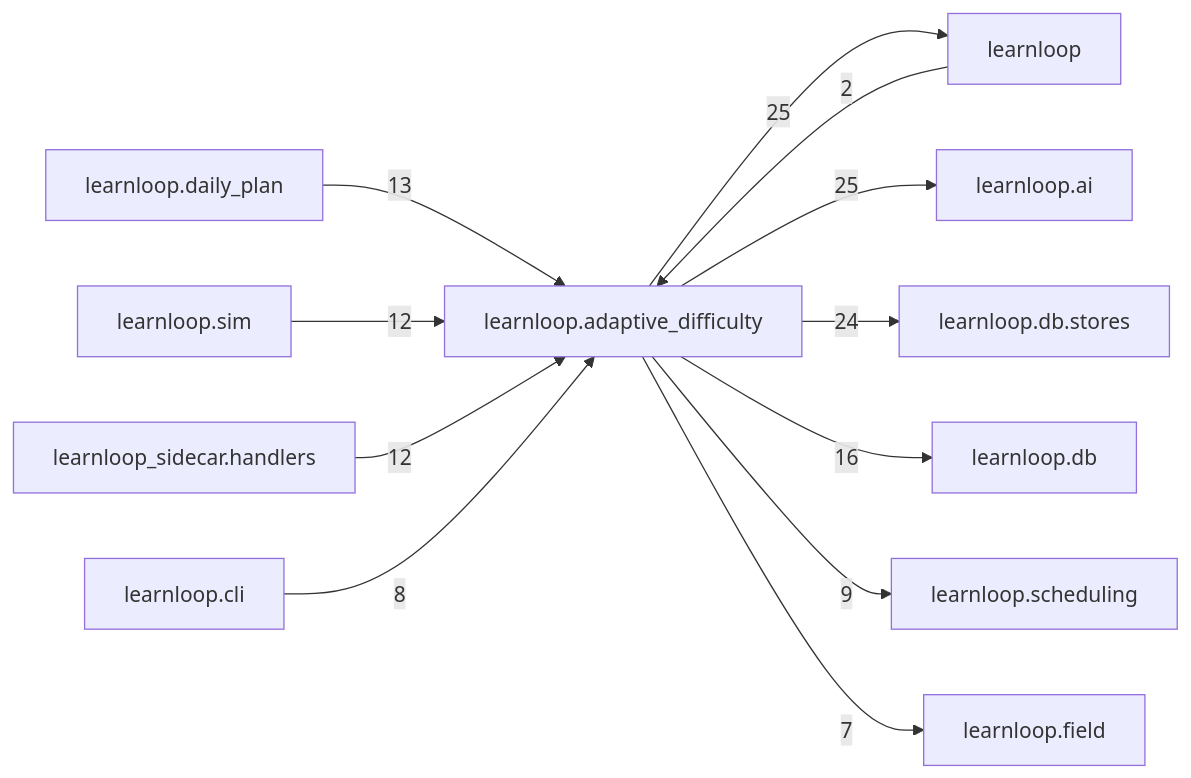
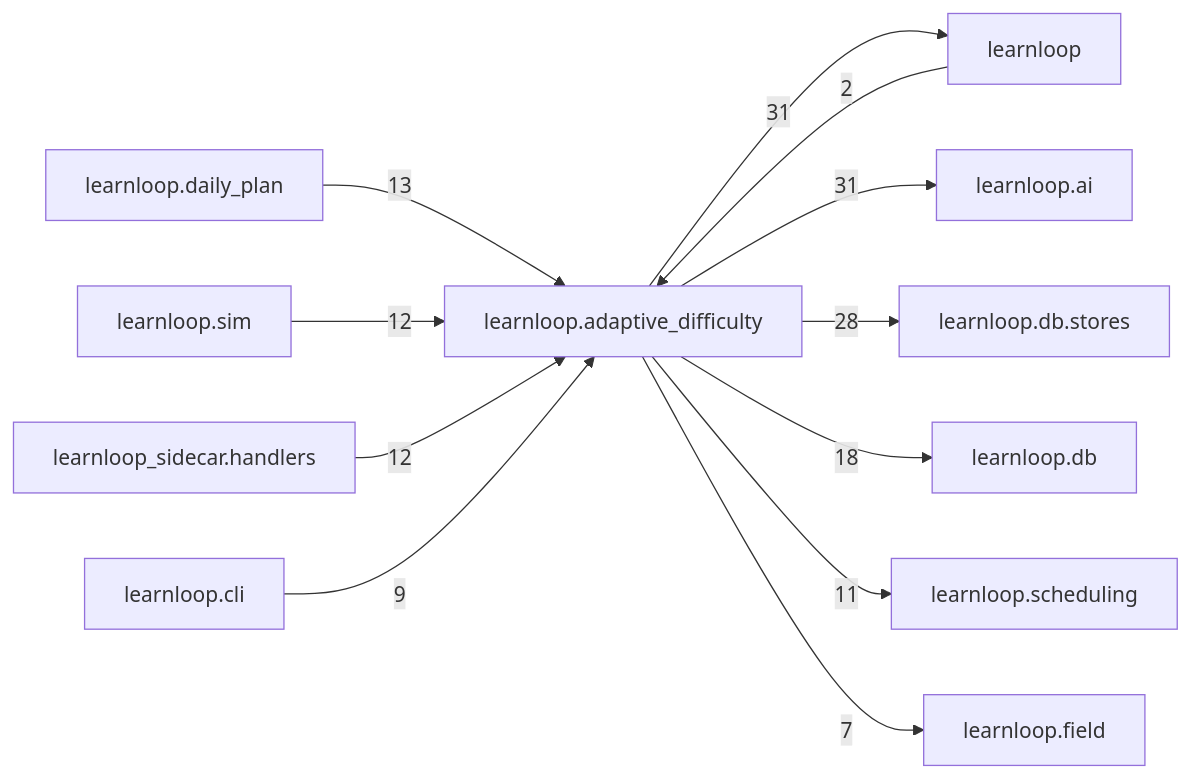
One commit to 6up-b/learnanything changed the diagram in docs/learnloop-architecture-vault/Reference/Modules/learnloop/adaptive_difficulty/_package.md. Above: the diagram before and after it, drawn with Mermaid. The commit also changed other lines of this file and 638 other files, not shown here.

````diff
--- a/docs/learnloop-architecture-vault/Reference/Modules/learnloop/adaptive_difficulty/_package.md
+++ b/docs/learnloop-architecture-vault/Reference/Modules/learnloop/adaptive_difficulty/_package.md
@@ -172,25 +180,25 @@
 ```mermaid
 flowchart LR
     center["learnloop.adaptive_difficulty"]
     n_learnloop["learnloop"]
     n_learnloop_ai["learnloop.ai"]
     n_learnloop_db_stores["learnloop.db.stores"]
     n_learnloop_db["learnloop.db"]
     n_learnloop_daily_plan["learnloop.daily_plan"]
     n_learnloop_sim["learnloop.sim"]
     n_learnloop_sidecar_handlers["learnloop_sidecar.handlers"]
     n_learnloop_scheduling["learnloop.scheduling"]
     n_learnloop_cli["learnloop.cli"]
     n_learnloop_field["learnloop.field"]
     n_learnloop -->|2| center
-    center -->|25| n_learnloop
-    center -->|25| n_learnloop_ai
-    center -->|24| n_learnloop_db_stores
-    center -->|16| n_learnloop_db
+    center -->|31| n_learnloop
+    center -->|31| n_learnloop_ai
+    center -->|28| n_learnloop_db_stores
+    center -->|18| n_learnloop_db
     n_learnloop_daily_plan -->|13| center
     n_learnloop_sim -->|12| center
     n_learnloop_sidecar_handlers -->|12| center
-    center -->|9| n_learnloop_scheduling
-    n_learnloop_cli -->|8| center
+    center -->|11| n_learnloop_scheduling
+    n_learnloop_cli -->|9| center
     center -->|7| n_learnloop_field
 ```
````
